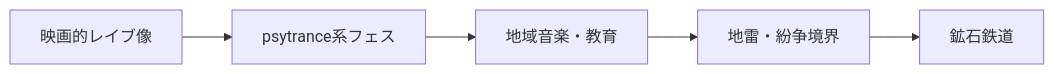
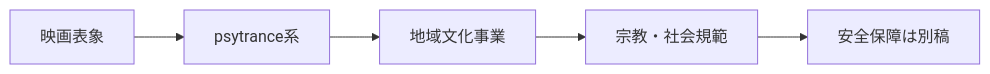
The diagram in articles/report/sahara-desert-raves-morocco-mauritania/ja/index.mdx (daylight55/research), drawn with Mermaid before and after one commit. The commit also changed other lines of this file and 9 other files, not shown here.

````diff
--- a/articles/report/sahara-desert-raves-morocco-mauritania/ja/index.mdx
+++ b/articles/report/sahara-desert-raves-morocco-mauritania/ja/index.mdx
@@ -31,13 +31,13 @@
 ```mermaid
 flowchart LR
-  Film["映画的レイブ像"]
-  Psy["psytrance系フェス"]
-  Local["地域音楽・教育"]
-  Risk["地雷・紛争境界"]
-  Rail["鉱石鉄道"]
+  Film["映画表象"]
+  Psy["psytrance系"]
+  Culture["地域文化事業"]
+  Religion["宗教・社会規範"]
+  Security["安全保障は別稿"]
 
   Film --> Psy
-  Psy --> Local
-  Local --> Risk
-  Risk --> Rail
+  Psy --> Culture
+  Culture --> Religion
+  Religion --> Security
 ```
````
